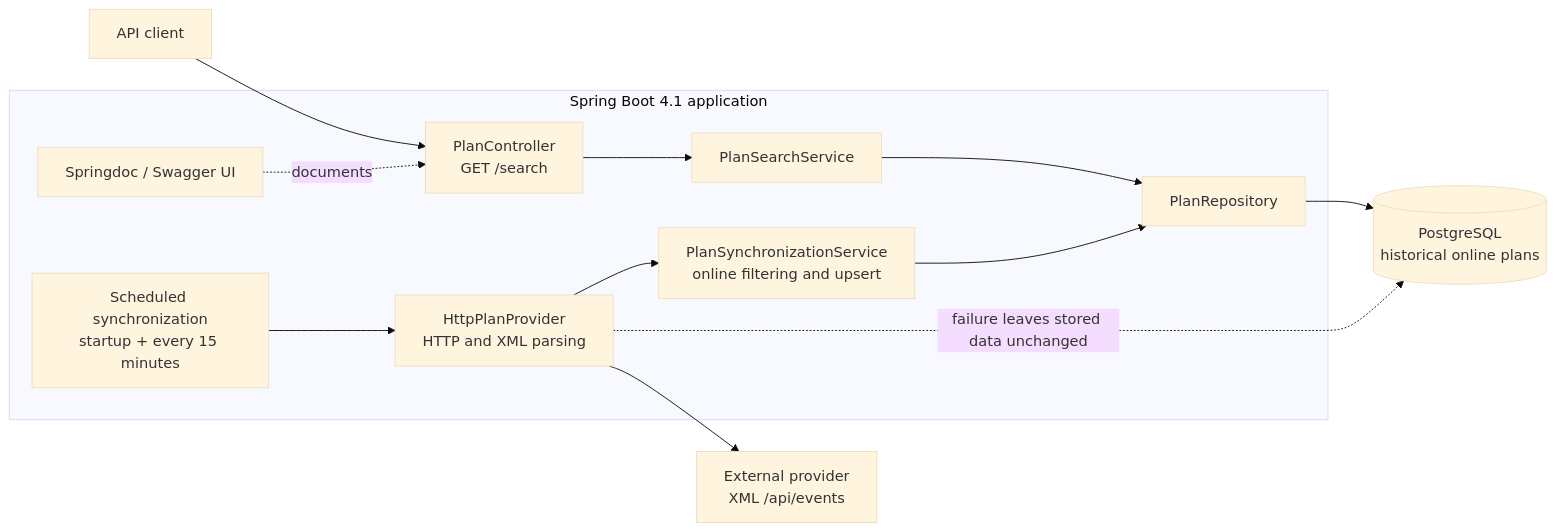
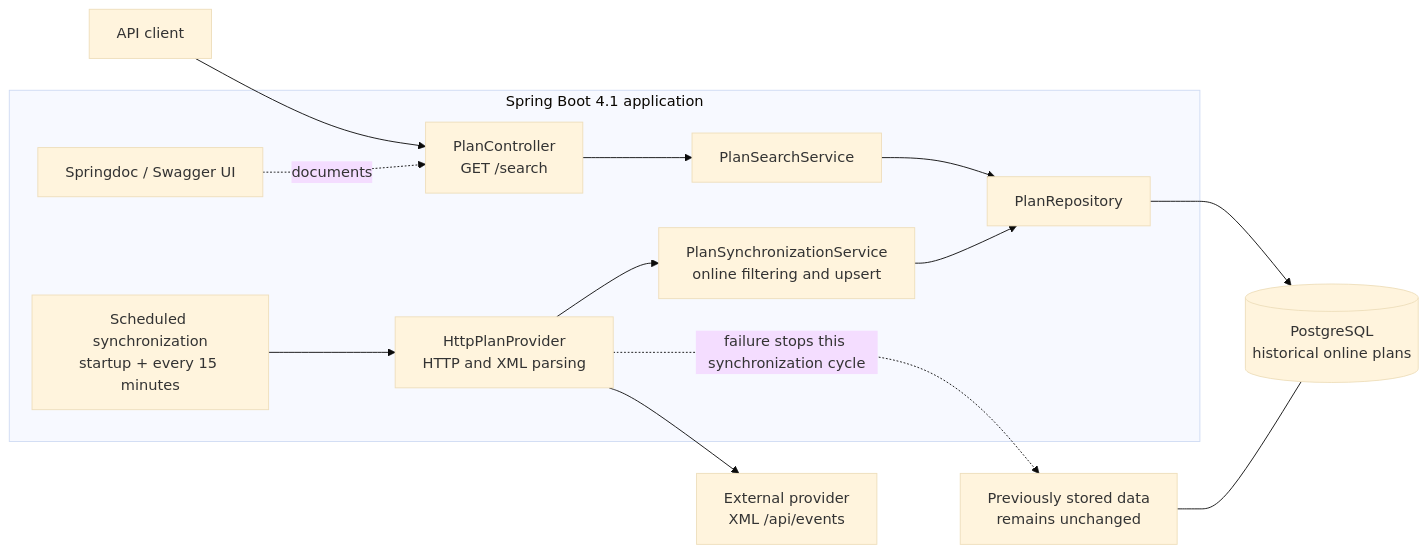
Before and after one commit to azfalot/FeverPlans: the first of 3 diagrams in README.md, drawn with Mermaid (base theme). The commit also changed other lines of this file, not shown here.

Commit message:
Reorganize architecture documentation

````diff
--- a/README.md
+++ b/README.md
@@ -34,30 +32,31 @@
 ```mermaid
 flowchart LR
     Provider["External provider<br/>XML /api/events"]
 
     subgraph Application["Spring Boot 4.1 application"]
         Scheduler["Scheduled synchronization<br/>startup + every 15 minutes"]
         HttpProvider["HttpPlanProvider<br/>HTTP and XML parsing"]
         SyncService["PlanSynchronizationService<br/>online filtering and upsert"]
         Controller["PlanController<br/>GET /search"]
         SearchService["PlanSearchService"]
         Repository["PlanRepository"]
         Swagger["Springdoc / Swagger UI"]
     end
 
     Database[("PostgreSQL<br/>historical online plans")]
     Client["API client"]
 
     Client --> Controller
     Controller --> SearchService
     SearchService --> Repository
     Repository --> Database
 
     Scheduler --> HttpProvider
     HttpProvider --> Provider
     HttpProvider --> SyncService
     SyncService --> Repository
 
     Swagger -. documents .-> Controller
-    HttpProvider -. "failure leaves stored data unchanged" .-> Database
+    HttpProvider -. "failure stops this synchronization cycle" .-> Unchanged["Previously stored data<br/>remains unchanged"]
+    Unchanged --- Database
 ```
````
